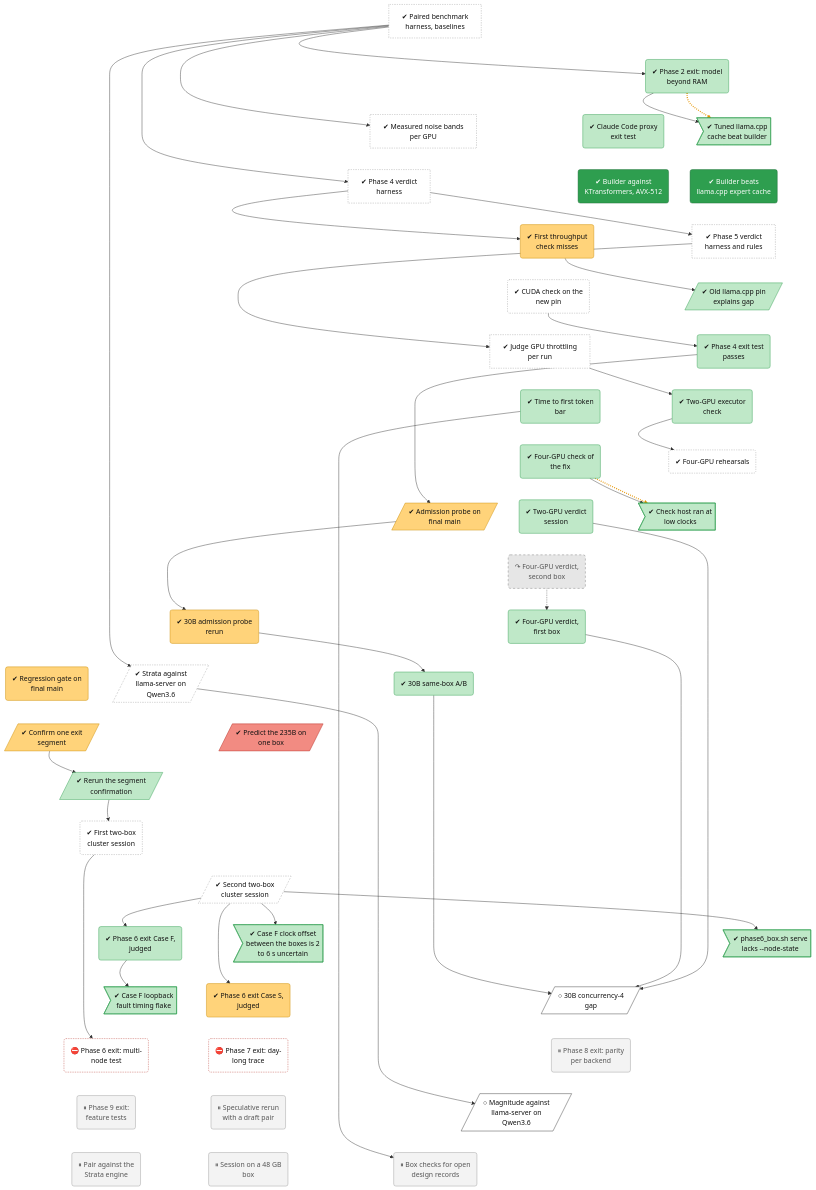
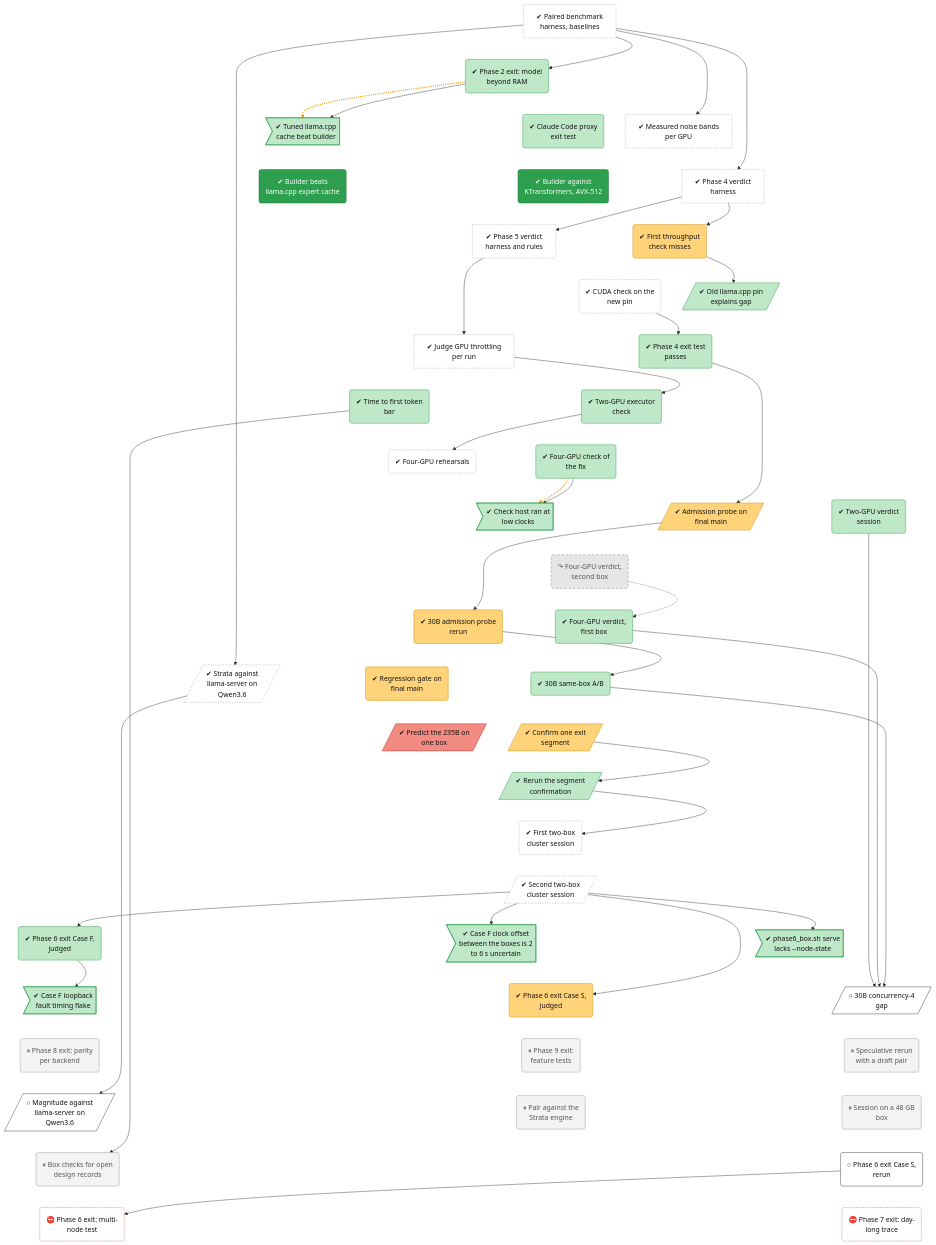
The diagram in docs/roadmap/tracks/bench.md (lhns/tetraeder), drawn with Mermaid before and after one commit. The commit also changed other lines of this file and 6 other files, not shown here.

Commit message:
Tree: Case S pair finder and full dry run done, judged Case S rerun next, Phase 6 exit depends on it (not measured)

````diff
--- a/docs/roadmap/tracks/bench.md
+++ b/docs/roadmap/tracks/bench.md
@@ -47,8 +47,6 @@
     bench_phase6_loopback_f_flake>"✔ Case F loopback<br/>fault timing flake"]
     bench_phase6_exit_s("✔ Phase 6 exit Case S,<br/>judged")
     bench_30b_c4_gap[/"○ 30B concurrency-4<br/>gap"/]
-    bench_phase6_exit("⛔ Phase 6 exit: multi-<br/>node test")
-    bench_phase7_exit("⛔ Phase 7 exit: day-<br/>long trace")
     bench_phase8_exit("⏸ Phase 8 exit: parity<br/>per backend")
     bench_phase9_exit("⏸ Phase 9 exit:<br/>feature tests")
     bench_spec_rerun("⏸ Speculative rerun<br/>with a draft pair")
@@ -56,6 +54,9 @@
     bench_strata_pairing("⏸ Pair against the<br/>Strata engine")
     bench_d1_session("⏸ Session on a 48 GB<br/>box")
     bench_open_records("⏸ Box checks for open<br/>design records")
+    bench_phase6_exit_s_2("○ Phase 6 exit Case S,<br/>rerun")
+    bench_phase6_exit("⛔ Phase 6 exit: multi-<br/>node test")
+    bench_phase7_exit("⛔ Phase 7 exit: day-<br/>long trace")
     bench_harness ~~~ bench_phase2_exit
     bench_phase2_exit ~~~ bench_defect_tuned_cache
     bench_phase2_exit ~~~ bench_phase3b_proxy
@@ -98,15 +99,17 @@
     bench_phase6_exit_f ~~~ bench_phase6_loopback_f_flake
     bench_phase6_clock_offset ~~~ bench_phase6_exit_s
     bench_phase6_serve_node_state ~~~ bench_30b_c4_gap
-    bench_phase6_loopback_f_flake ~~~ bench_phase6_exit
-    bench_phase6_exit_s ~~~ bench_phase7_exit
-    bench_30b_c4_gap ~~~ bench_phase8_exit
-    bench_phase6_exit ~~~ bench_phase9_exit
-    bench_phase7_exit ~~~ bench_spec_rerun
+    bench_phase6_loopback_f_flake ~~~ bench_phase8_exit
+    bench_phase6_exit_s ~~~ bench_phase9_exit
+    bench_30b_c4_gap ~~~ bench_spec_rerun
     bench_phase8_exit ~~~ bench_magnitude_q36
     bench_phase9_exit ~~~ bench_strata_pairing
     bench_spec_rerun ~~~ bench_d1_session
     bench_magnitude_q36 ~~~ bench_open_records
+    bench_strata_pairing ~~~ bench_phase6_exit_s_2
+    bench_d1_session ~~~ bench_phase6_exit_s_2
+    bench_open_records ~~~ bench_phase6_exit
+    bench_phase6_exit_s_2 ~~~ bench_phase7_exit
     bench_harness --> bench_phase2_exit
     bench_phase2_exit -.-> bench_defect_tuned_cache
     bench_phase2_exit --> bench_defect_tuned_cache
@@ -136,10 +139,10 @@
     bench_v2_verdict --> bench_30b_c4_gap
     bench_v4a_verdict --> bench_30b_c4_gap
     bench_ab30b --> bench_30b_c4_gap
-    bench_phase6_rehearsal --> bench_phase6_exit
     bench_strata_q36 --> bench_magnitude_q36
     bench_ttft --> bench_open_records
-    linkStyle 52,63 stroke:#e69500,stroke-width:3px,stroke-dasharray:2 3
+    bench_phase6_exit_s_2 --> bench_phase6_exit
+    linkStyle 54,65 stroke:#e69500,stroke-width:3px,stroke-dasharray:2 3
     classDef vsucc fill:#2e9e4f,stroke:#1b6b34,color:#fff
     classDef succ fill:#bfe8c8,stroke:#2e9e4f,color:#111
     classDef mixed fill:#ffd37a,stroke:#c98a00,color:#111
@@ -160,7 +163,7 @@
     class bench_d2a_rerun,bench_d2a_probe,bench_d2a_30b,bench_regression_gate,bench_235b_segment_confirm,bench_phase6_exit_s mixed
     class bench_v4b_verdict dead
     class bench_235b_stream_predict bad
-    class bench_30b_c4_gap,bench_magnitude_q36 next
+    class bench_30b_c4_gap,bench_magnitude_q36,bench_phase6_exit_s_2 next
+    class bench_phase8_exit,bench_phase9_exit,bench_spec_rerun,bench_strata_pairing,bench_d1_session,bench_open_records parked
     class bench_phase6_exit,bench_phase7_exit blocked
-    class bench_phase8_exit,bench_phase9_exit,bench_spec_rerun,bench_strata_pairing,bench_d1_session,bench_open_records parked
 ```
````
